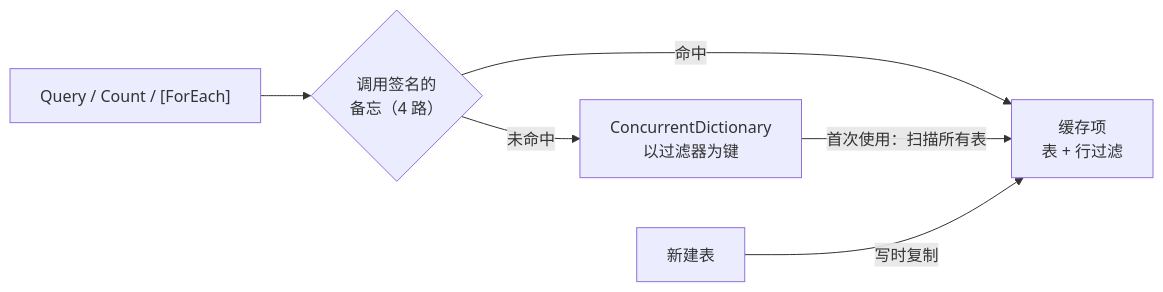
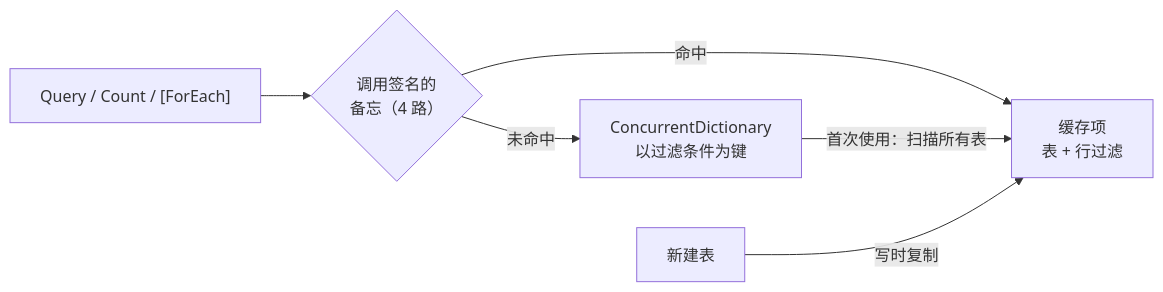
The fourth of 6 diagrams in docs/content/architecture.zh.mdx (JasonXuDeveloper/EasyEcs), drawn with Mermaid before and after one commit. The commit also changed other lines of this file and 48 other files, not shown here.

````diff
--- a/docs/content/architecture.zh.mdx
+++ b/docs/content/architecture.zh.mdx
@@ -158,8 +158,8 @@
 ```mermaid
 flowchart LR
     Call["Query / Count / [ForEach]"] --> Memo{"调用签名的<br/>备忘（4 路）"}
     Memo -->|命中| Entry["缓存项<br/>表 + 行过滤"]
-    Memo -->|未命中| Dict["ConcurrentDictionary<br/>以过滤器为键"]
+    Memo -->|未命中| Dict["ConcurrentDictionary<br/>以过滤条件为键"]
     Dict -->|首次使用：扫描所有表| Entry
     New["新建表"] -->|写时复制| Entry
 ```
````
